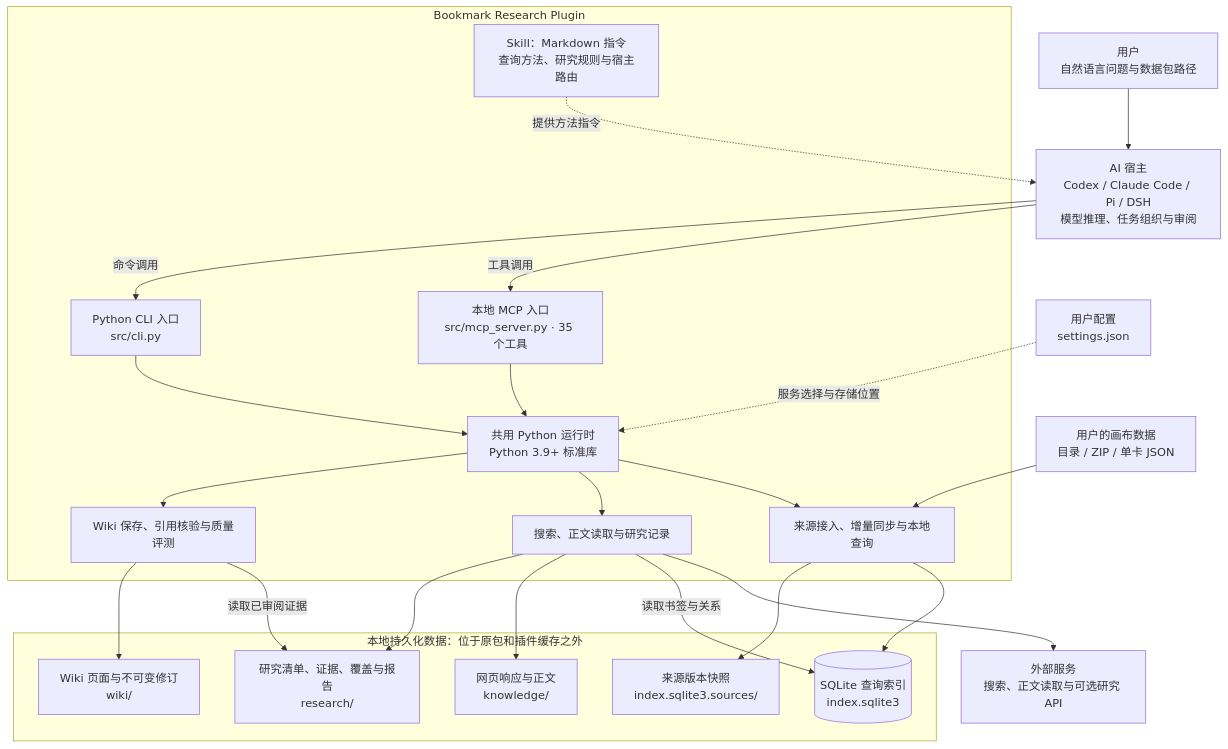
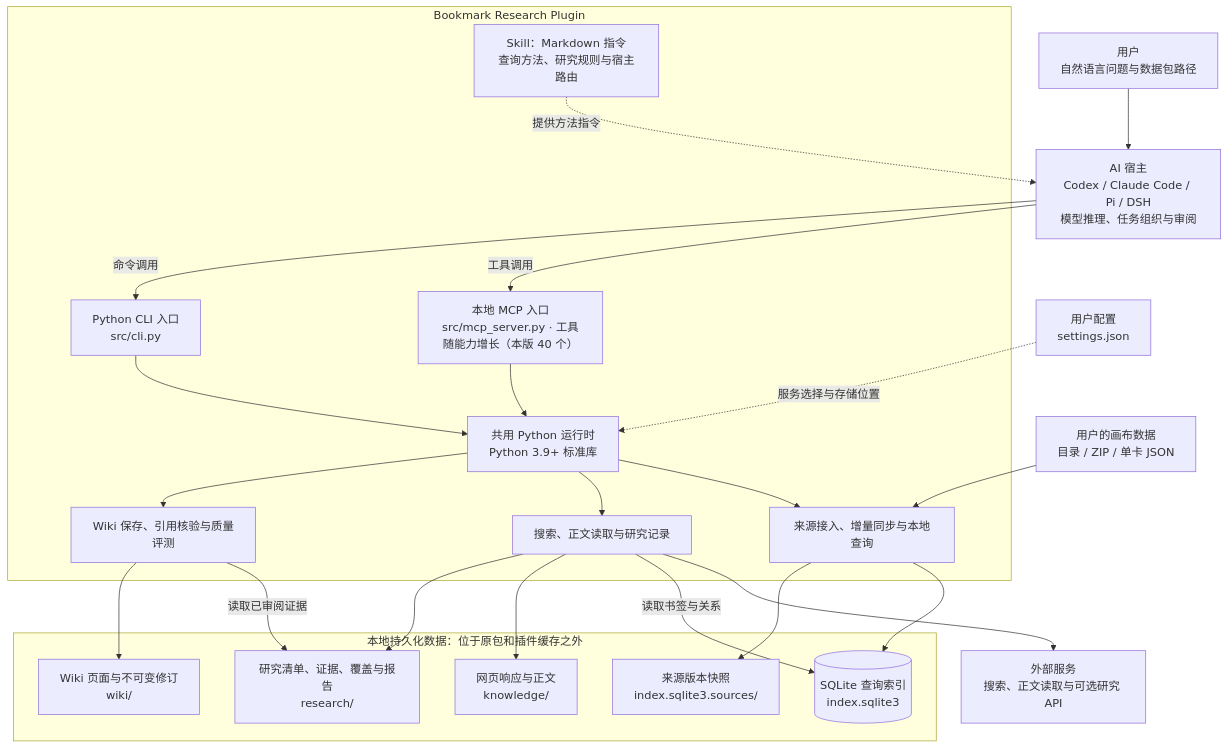
Before and after one commit to Browser-bookmark-hub/Bookmark-Research: the second of 3 diagrams in docs/bookmark-research-architecture.md, drawn with Mermaid. The commit also changed 46 other files, not shown here.

````diff
--- a/docs/bookmark-research-architecture.md
+++ b/docs/bookmark-research-architecture.md
@@ -41,42 +41,42 @@
 ```mermaid
 flowchart TB
   User["用户<br/>自然语言问题与数据包路径"] --> Host["AI 宿主<br/>Codex / Claude Code / Pi / DSH<br/>模型推理、任务组织与审阅"]
 
   subgraph Plugin["Bookmark Research Plugin"]
     Skill["Skill：Markdown 指令<br/>查询方法、研究规则与宿主路由"]
-    MCP["本地 MCP 入口<br/>src/mcp_server.py · 35 个工具"]
+    MCP["本地 MCP 入口<br/>src/mcp_server.py · 工具随能力增长（本版 40 个）"]
     CLI["Python CLI 入口<br/>src/cli.py"]
     Core["共用 Python 运行时<br/>Python 3.9+ 标准库"]
     Sources["来源接入、增量同步与本地查询"]
     Research["搜索、正文读取与研究记录"]
     Knowledge["Wiki 保存、引用核验与质量评测"]
     MCP --> Core
     CLI --> Core
     Core --> Sources
     Core --> Research
     Core --> Knowledge
   end
 
   Skill -.->|提供方法指令| Host
   Host -->|工具调用| MCP
   Host -->|命令调用| CLI
   Settings["用户配置<br/>settings.json"] -.->|服务选择与存储位置| Core
   Input["用户的画布数据<br/>目录 / ZIP / 单卡 JSON"] --> Sources
   Research --> Remote["外部服务<br/>搜索、正文读取与可选研究 API"]
 
   subgraph Local["本地持久化数据：位于原包和插件缓存之外"]
     DB[("SQLite 查询索引<br/>index.sqlite3")]
     Snapshots["来源版本快照<br/>index.sqlite3.sources/"]
     Pages["网页响应与正文<br/>knowledge/"]
     Runs["研究清单、证据、覆盖与报告<br/>research/"]
     Wiki["Wiki 页面与不可变修订<br/>wiki/"]
   end
 
   Sources --> DB
   Sources --> Snapshots
   Research -->|读取书签与关系| DB
   Research --> Pages
   Research --> Runs
   Knowledge -->|读取已审阅证据| Runs
   Knowledge --> Wiki
 ```
````
